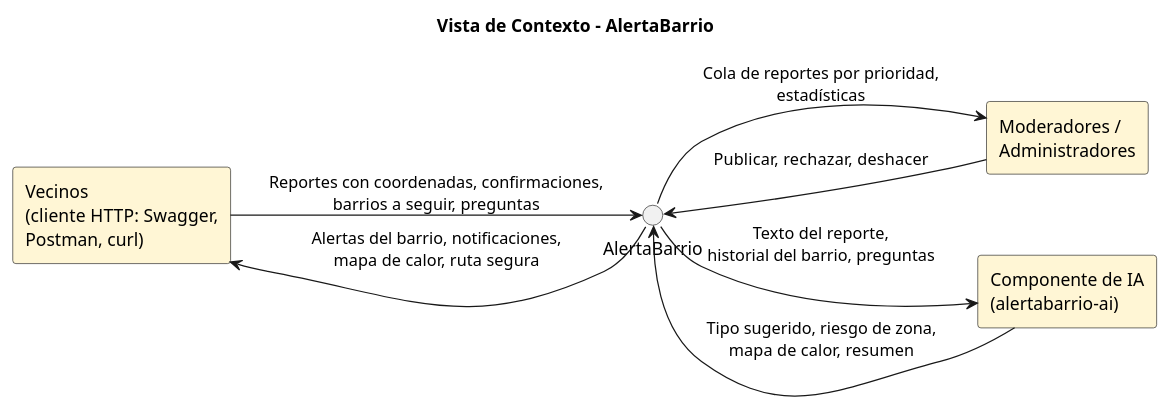
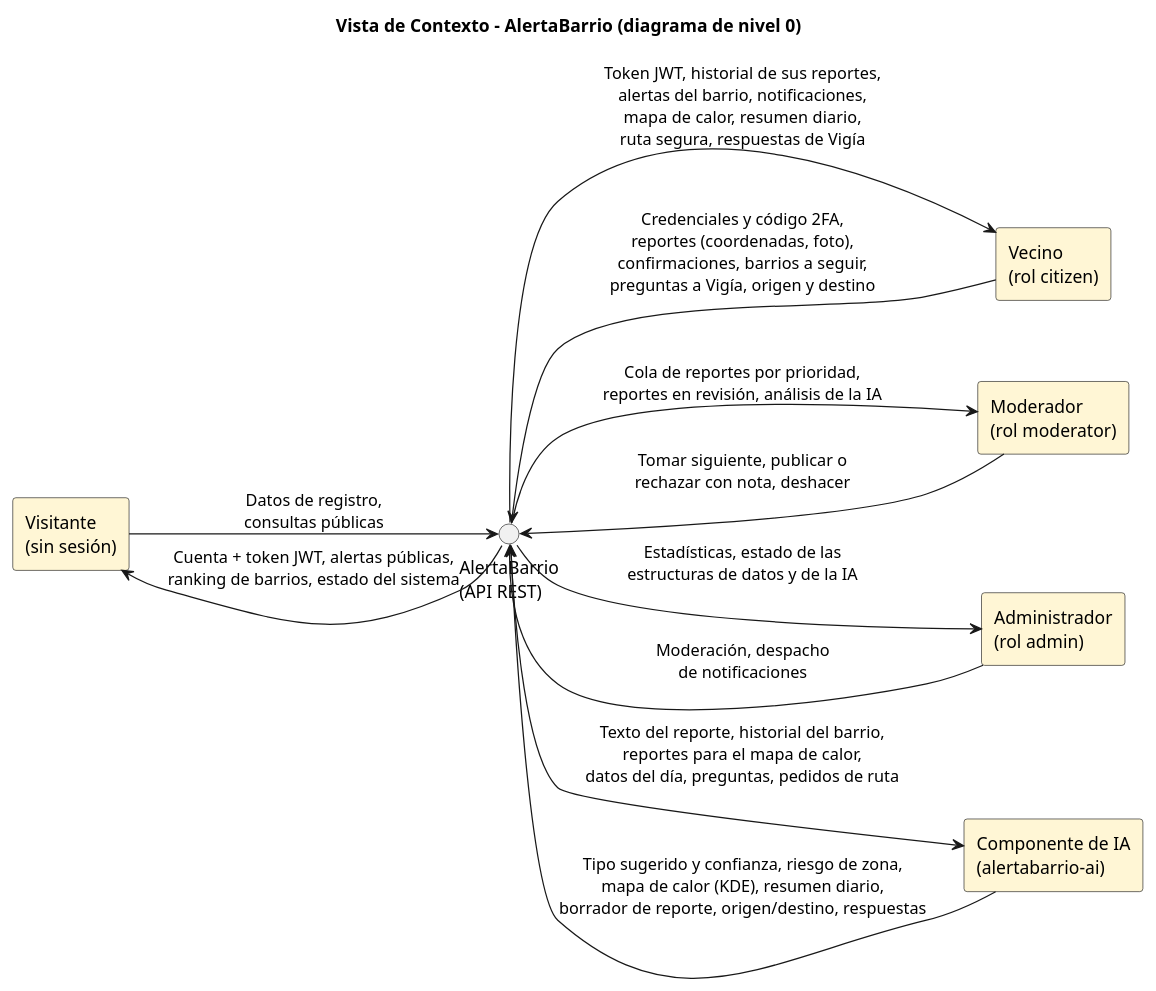
One commit to neber18/AlertaBarrio-Diseno-de-Software changed the diagram in docs/diagramas/1_vista_contexto.puml. Above: the diagram before and after it, drawn with PlantUML. The commit also changed 12 other files, not shown here.

```diff
--- a/docs/diagramas/1_vista_contexto.puml
+++ b/docs/diagramas/1_vista_contexto.puml
@@ -1,17 +1,28 @@
 @startuml Vista_Contexto_AlertaBarrio
-title Vista de Contexto - AlertaBarrio
+title Vista de Contexto - AlertaBarrio (diagrama de nivel 0)
 skinparam rectangleBackgroundColor #FFF6D5
+skinparam circleBackgroundColor #DDEBFF
 left to right direction
 
-rectangle "Vecinos\n(cliente HTTP: Swagger,\nPostman, curl)" as V
-rectangle "Moderadores /\nAdministradores" as M
+rectangle "Visitante\n(sin sesión)" as VI
+rectangle "Vecino\n(rol citizen)" as V
+circle "AlertaBarrio\n(API REST)" as S
+rectangle "Moderador\n(rol moderator)" as M
+rectangle "Administrador\n(rol admin)" as AD
 rectangle "Componente de IA\n(alertabarrio-ai)" as IA
-circle "AlertaBarrio" as S
 
-V --> S : Reportes con coordenadas, confirmaciones,\nbarrios a seguir, preguntas
-S --> V : Alertas del barrio, notificaciones,\nmapa de calor, ruta segura
-M --> S : Publicar, rechazar, deshacer
-S --> M : Cola de reportes por prioridad,\nestadísticas
-S --> IA : Texto del reporte,\nhistorial del barrio, preguntas
-IA --> S : Tipo sugerido, riesgo de zona,\nmapa de calor, resumen
+VI --> S : Datos de registro,\nconsultas públicas
+S --> VI : Cuenta + token JWT, alertas públicas,\nranking de barrios, estado del sistema
+
+V --> S : Credenciales y código 2FA,\nreportes (coordenadas, foto),\nconfirmaciones, barrios a seguir,\npreguntas a Vigía, origen y destino
+S --> V : Token JWT, historial de sus reportes,\nalertas del barrio, notificaciones,\nmapa de calor, resumen diario,\nruta segura, respuestas de Vigía
+
+S --> M : Cola de reportes por prioridad,\nreportes en revisión, análisis de la IA
+M --> S : Tomar siguiente, publicar o\nrechazar con nota, deshacer
+
+S --> AD : Estadísticas, estado de las\nestructuras de datos y de la IA
+AD --> S : Moderación, despacho\nde notificaciones
+
+S --> IA : Texto del reporte, historial del barrio,\nreportes para el mapa de calor,\ndatos del día, preguntas, pedidos de ruta
+IA --> S : Tipo sugerido y confianza, riesgo de zona,\nmapa de calor (KDE), resumen diario,\nborrador de reporte, origen/destino, respuestas
 @enduml
```
